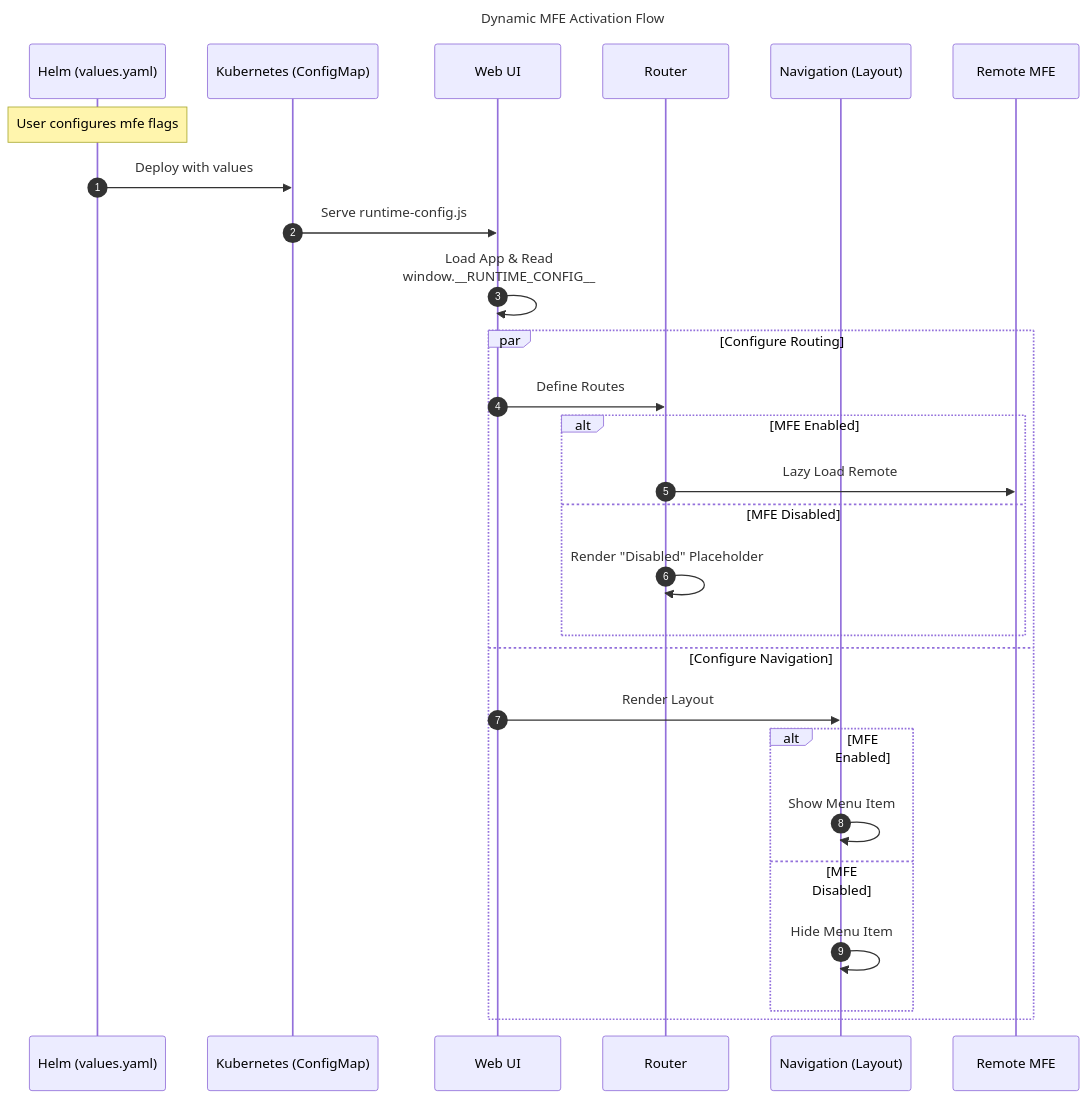
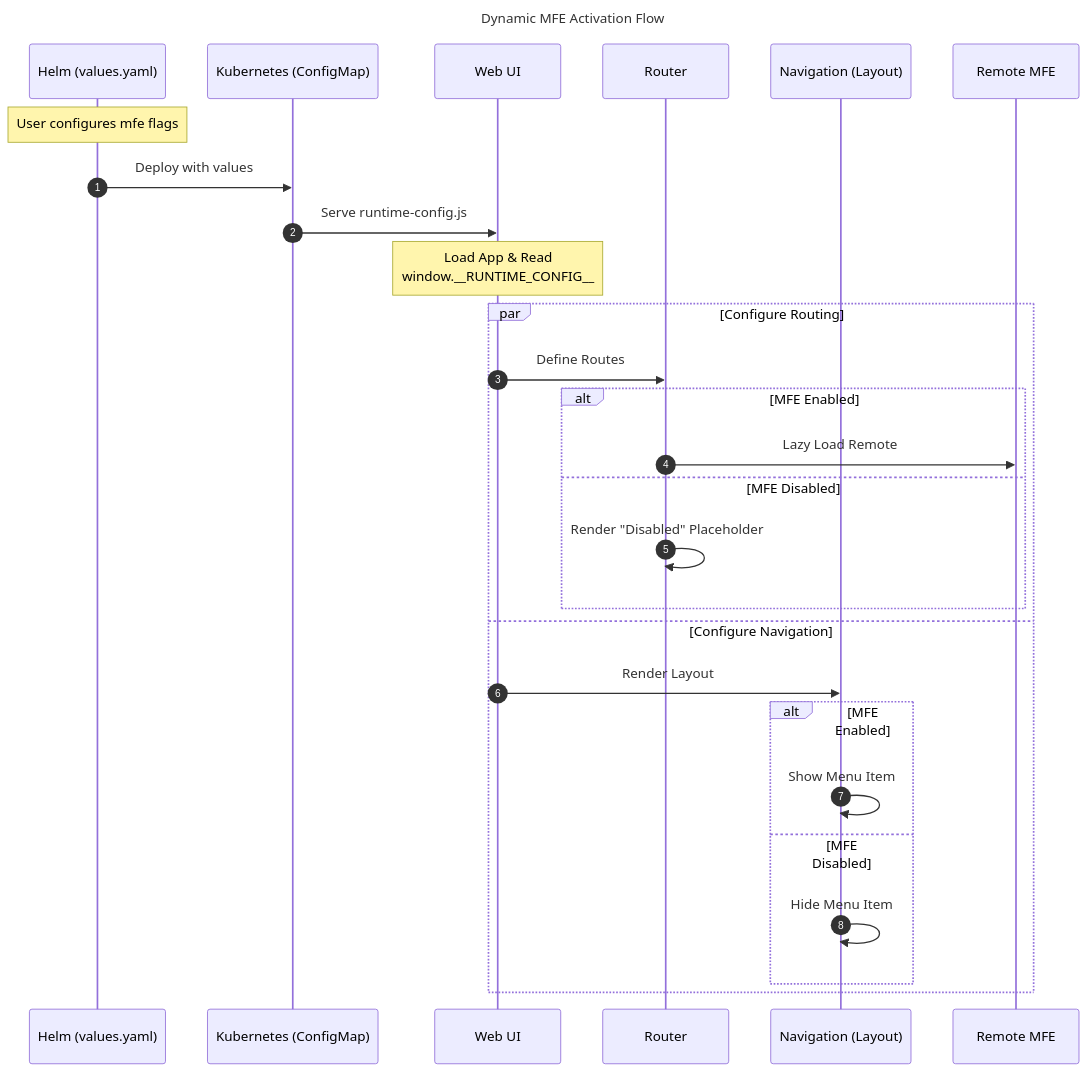
Before and after one commit to open-edge-platform/edge-manageability-framework: the diagram in design-proposals/ui-composability.md, drawn with Mermaid.

Commit message:
add note instead of self-pointing arrow

````diff
--- a/design-proposals/ui-composability.md
+++ b/design-proposals/ui-composability.md
@@ -40,34 +40,34 @@
 ```mermaid
 sequenceDiagram
     autonumber
     title Dynamic MFE Activation Flow
 
     participant helm as Helm (values.yaml)
     participant k8s as Kubernetes (ConfigMap)
     participant app as Web UI
     participant router as Router
     participant nav as Navigation (Layout)
     participant mfe as Remote MFE
 
     Note over helm: User configures mfe flags
     helm ->> k8s: Deploy with values
     k8s ->> app: Serve runtime-config.js
     
-    app ->> app: Load App & Read<br/>window.__RUNTIME_CONFIG__
+    Note over app: Load App & Read<br/>window.__RUNTIME_CONFIG__
     
     par Configure Routing
         app ->> router: Define Routes
         alt MFE Enabled
             router ->> mfe: Lazy Load Remote
         else MFE Disabled
             router ->> router: Render "Disabled" Placeholder
         end
     and Configure Navigation
         app ->> nav: Render Layout
         alt MFE Enabled
             nav ->> nav: Show Menu Item
         else MFE Disabled
             nav ->> nav: Hide Menu Item
         end
     end
 ```
````
